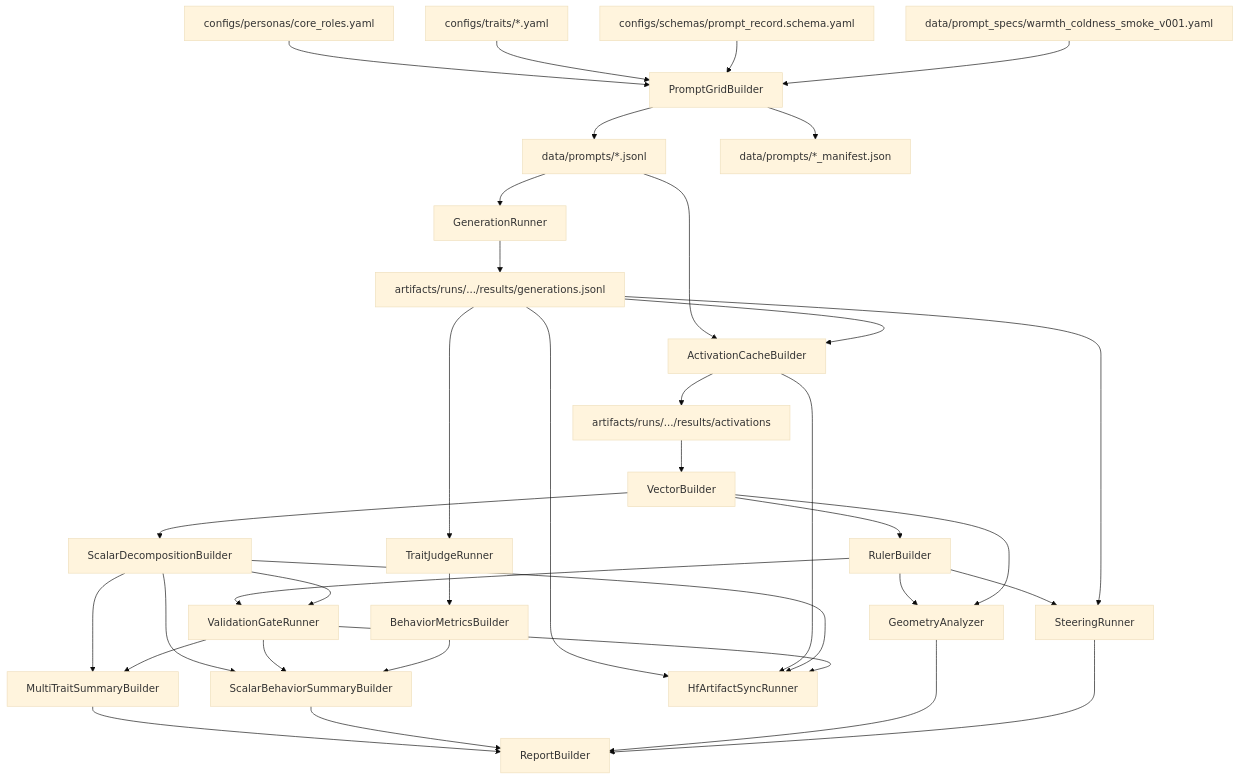
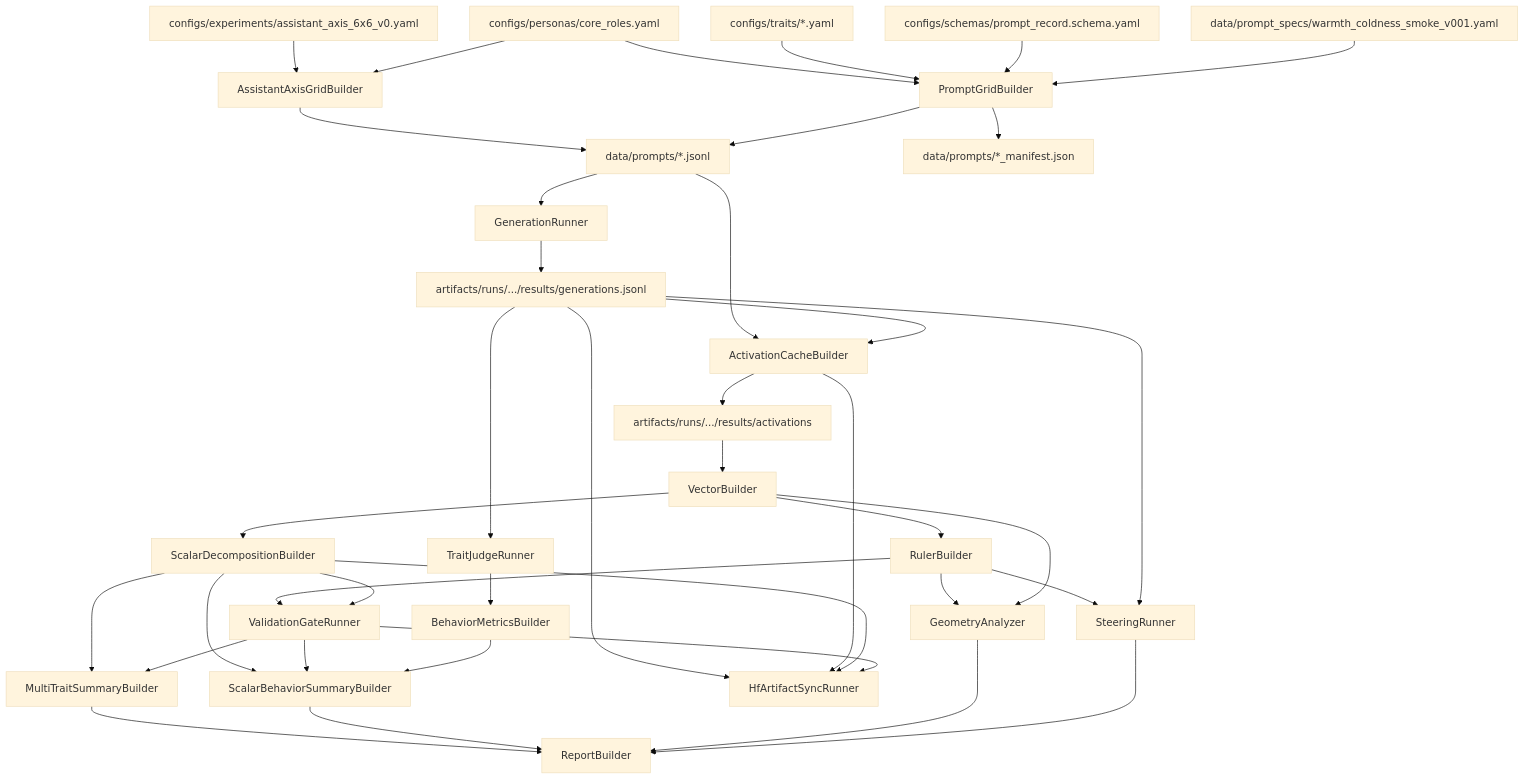
The diagram in docs/design/project_tracker.md (mahadikprasad15/trait-geometry-across-personas), drawn with Mermaid (base theme) before and after one commit. The commit also changed other lines of this file and 21 other files, not shown here.

Commit message:
Add Assistant Axis 6x6 explicit trait grid

````diff
--- a/docs/design/project_tracker.md
+++ b/docs/design/project_tracker.md
@@ -71,38 +84,41 @@
 ```mermaid
 flowchart TD
   A["configs/personas/core_roles.yaml"] --> E["PromptGridBuilder"]
   B["configs/traits/*.yaml"] --> E
   C["configs/schemas/prompt_record.schema.yaml"] --> E
   D["data/prompt_specs/warmth_coldness_smoke_v001.yaml"] --> E
+  AA["configs/experiments/assistant_axis_6x6_v0.yaml"] --> AB["AssistantAxisGridBuilder"]
+  A --> AB
+  AB --> F
   E --> F["data/prompts/*.jsonl"]
   E --> G["data/prompts/*_manifest.json"]
   F --> H["GenerationRunner"]
   H --> I["artifacts/runs/.../results/generations.jsonl"]
   F --> J["ActivationCacheBuilder"]
   I --> J
   J --> K["artifacts/runs/.../results/activations"]
   K --> L["VectorBuilder"]
   L --> M["RulerBuilder"]
   L --> N["ScalarDecompositionBuilder"]
   M --> O["ValidationGateRunner"]
   N --> O
   N --> V["MultiTraitSummaryBuilder"]
   O --> V
   I --> P["TraitJudgeRunner"]
   P --> Q["BehaviorMetricsBuilder"]
   N --> W["ScalarBehaviorSummaryBuilder"]
   O --> W
   Q --> W
   M --> R["GeometryAnalyzer"]
   L --> R
   M --> S["SteeringRunner"]
   I --> S
   V --> T["ReportBuilder"]
   W --> T
   R --> T
   S --> T
   I --> U["HfArtifactSyncRunner"]
   J --> U
   N --> U
   O --> U
 ```
````
